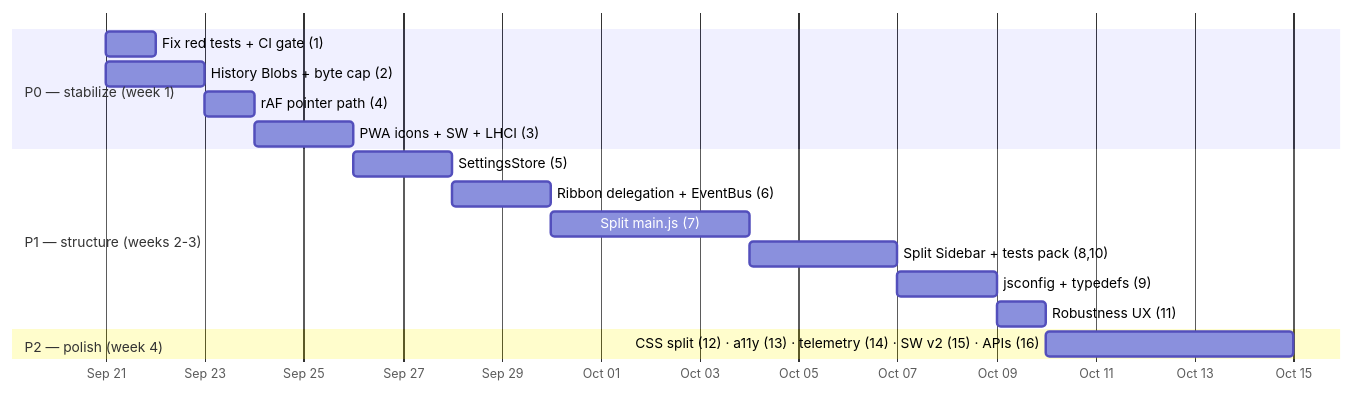
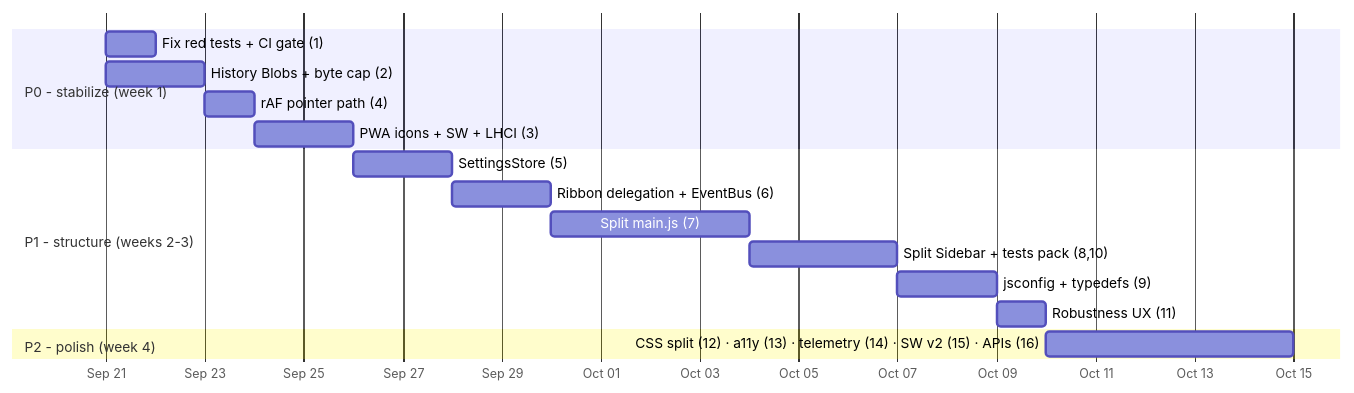
Before and after one commit to omergal99/paint: the third of 3 diagrams in docs/AUDIT-REPORT.md, drawn with Mermaid. The commit also changed other lines of this file and 182 other files, not shown here.

````diff
--- a/docs/AUDIT-REPORT.md
+++ b/docs/AUDIT-REPORT.md
@@ -384,19 +384,19 @@
 ```mermaid
 gantt
   dateFormat YYYY-MM-DD
   axisFormat %b %d
-  section P0 — stabilize (week 1)
+  section P0 - stabilize (week 1)
   Fix red tests + CI gate (1)            :p0a, 2026-09-21, 1d
   History Blobs + byte cap (2)           :p0b, 2026-09-21, 2d
   rAF pointer path (4)                   :p0c, after p0b, 1d
   PWA icons + SW + LHCI (3)              :p0d, after p0c, 2d
-  section P1 — structure (weeks 2-3)
+  section P1 - structure (weeks 2-3)
   SettingsStore (5)                      :p1a, after p0d, 2d
   Ribbon delegation + EventBus (6)       :p1b, after p1a, 2d
   Split main.js (7)                      :p1c, after p1b, 4d
   Split Sidebar + tests pack (8,10)      :p1d, after p1c, 3d
   jsconfig + typedefs (9)                :p1e, after p1d, 2d
   Robustness UX (11)                     :p1f, after p1e, 1d
-  section P2 — polish (week 4)
+  section P2 - polish (week 4)
   CSS split (12) · a11y (13) · telemetry (14) · SW v2 (15) · APIs (16) :p2, after p1f, 5d
 ```
````
